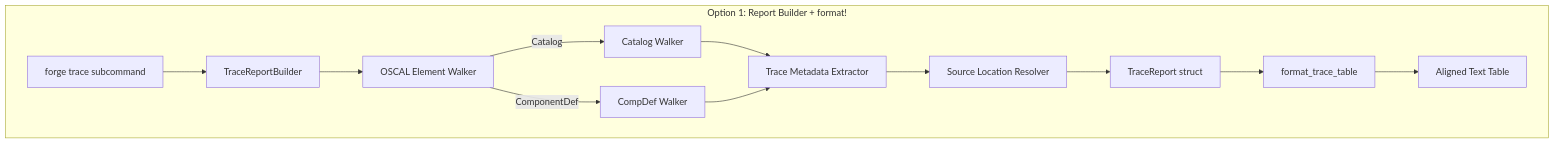
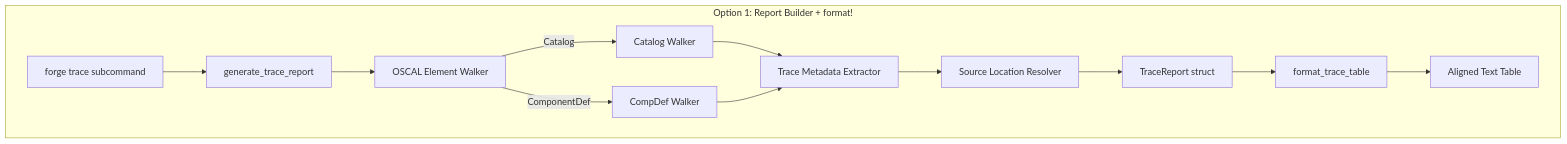
Before and after one commit to policy-forge/forge: the second of 7 diagrams in docs/AR/038-ar-traceability-report.md, drawn with Mermaid. The commit also changed other lines of this file and 24 other files, not shown here.

First line of the commit message:
feat(trace): add traceability report subcommand

````diff
--- a/docs/AR/038-ar-traceability-report.md
+++ b/docs/AR/038-ar-traceability-report.md
@@ -147,15 +147,15 @@
 ```mermaid
 graph TD
     subgraph "Option 1: Report Builder + format!"
-        TraceCmd[forge trace subcommand] --> Builder[TraceReportBuilder]
+        TraceCmd[forge trace subcommand] --> Builder[generate_trace_report]
         Builder --> Walker[OSCAL Element Walker]
         Walker --> |"Catalog"| CatWalk[Catalog Walker]
         Walker --> |"ComponentDef"| CompWalk[CompDef Walker]
         CatWalk --> Extractor[Trace Metadata Extractor]
         CompWalk --> Extractor
         Extractor --> Resolver[Source Location Resolver]
         Resolver --> Report[TraceReport struct]
         Report --> Formatter[format_trace_table]
         Formatter --> Output[Aligned Text Table]
     end
 ```
````
